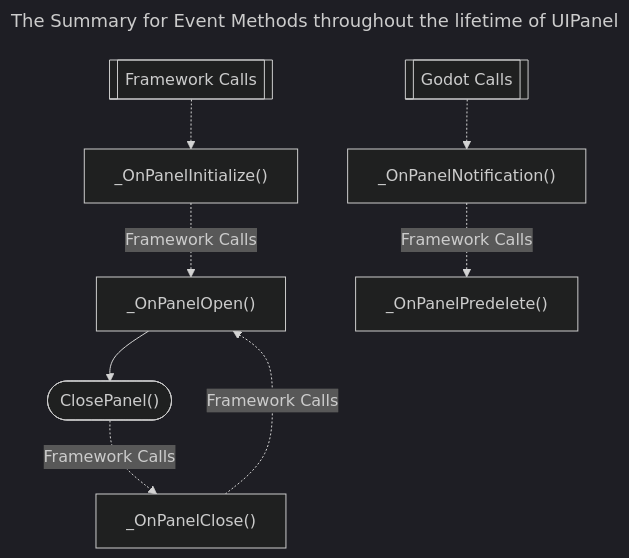
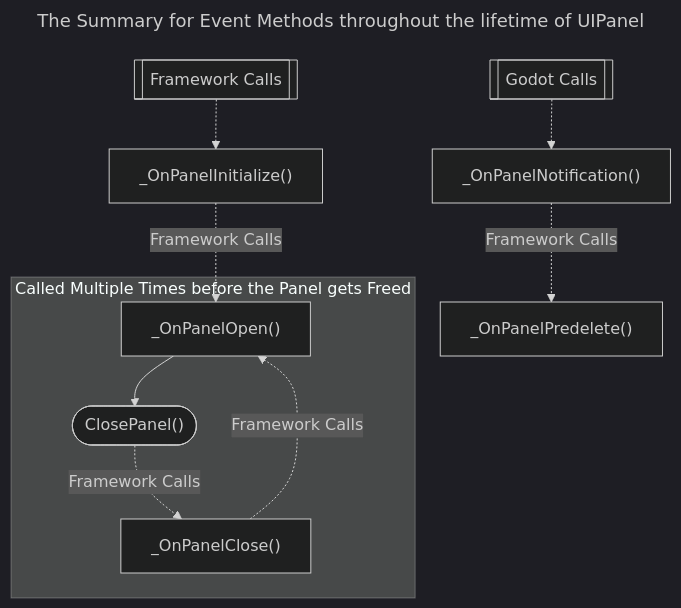
One commit to Delsin-Yu/GDPanelFramework changed the second of 2 diagrams in README.md. Above: the diagram before and after it, drawn with Mermaid (dark theme). The commit also changed other lines of this file, not shown here.

````diff
--- a/README.md
+++ b/README.md
@@ -281,21 +282,25 @@
 ```mermaid
 ---
 title: The Summary for Event Methods throughout the lifetime of UIPanel
 ---
 flowchart TD
 
 id1["_OnPanelInitialize()"]
 id2["_OnPanelOpen()"]
 id3(["ClosePanel()"])
 id4["_OnPanelClose()"]
 id5["_OnPanelPredelete()"]
 id6["_OnPanelNotification()"]
 
+
 id0[["Framework Calls"]] -.-> id1
 id1 -.->|Framework Calls|id2
+
+subgraph Called Multiple Times before the Panel gets Freed
 id2 --> id3
 id3 -.->|Framework Calls|id4
 id4 -.->|Framework Calls|id2
+end
 id6 -.->|Framework Calls|id5
 id7[["Godot Calls"]] -.-> id6
 ```
````
